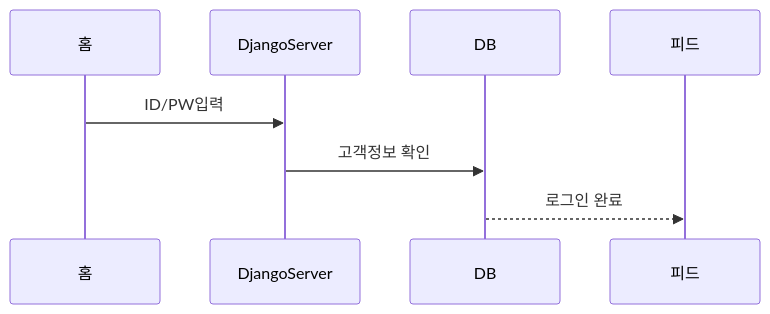
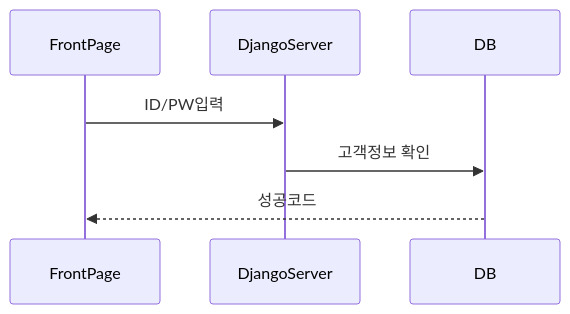
Before and after one commit to seulki119/D-Link: the second of 8 diagrams in 참고자료/시퀸스 다이어그램.md, drawn with Mermaid. The commit also changed other lines of this file, not shown here.

Commit message:
.S03P12B307-72 | 수정 | 시퀸스다이어그램

````diff
--- a/참고자료/시퀸스 다이어그램.md
+++ b/참고자료/시퀸스 다이어그램.md
@@ -33,6 +35,6 @@
 ```mermaid
 sequenceDiagram
-홈 ->>DjangoServer:ID/PW입력
+FrontPage  ->>DjangoServer:ID/PW입력
 DjangoServer->>DB : 고객정보 확인
-DB -->> 피드: 로그인 완료
+DB-->>FrontPage: 성공코드
 ```
````
